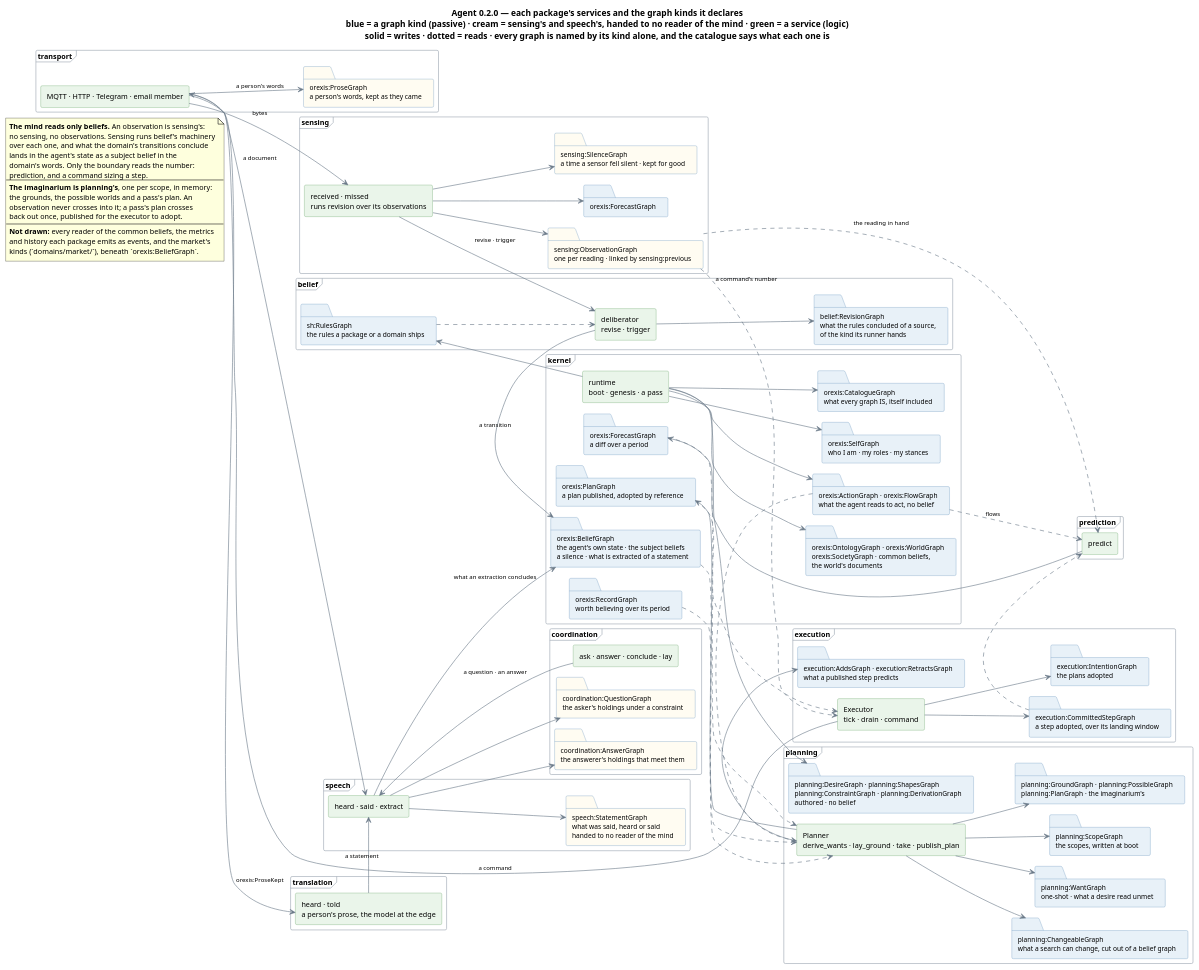
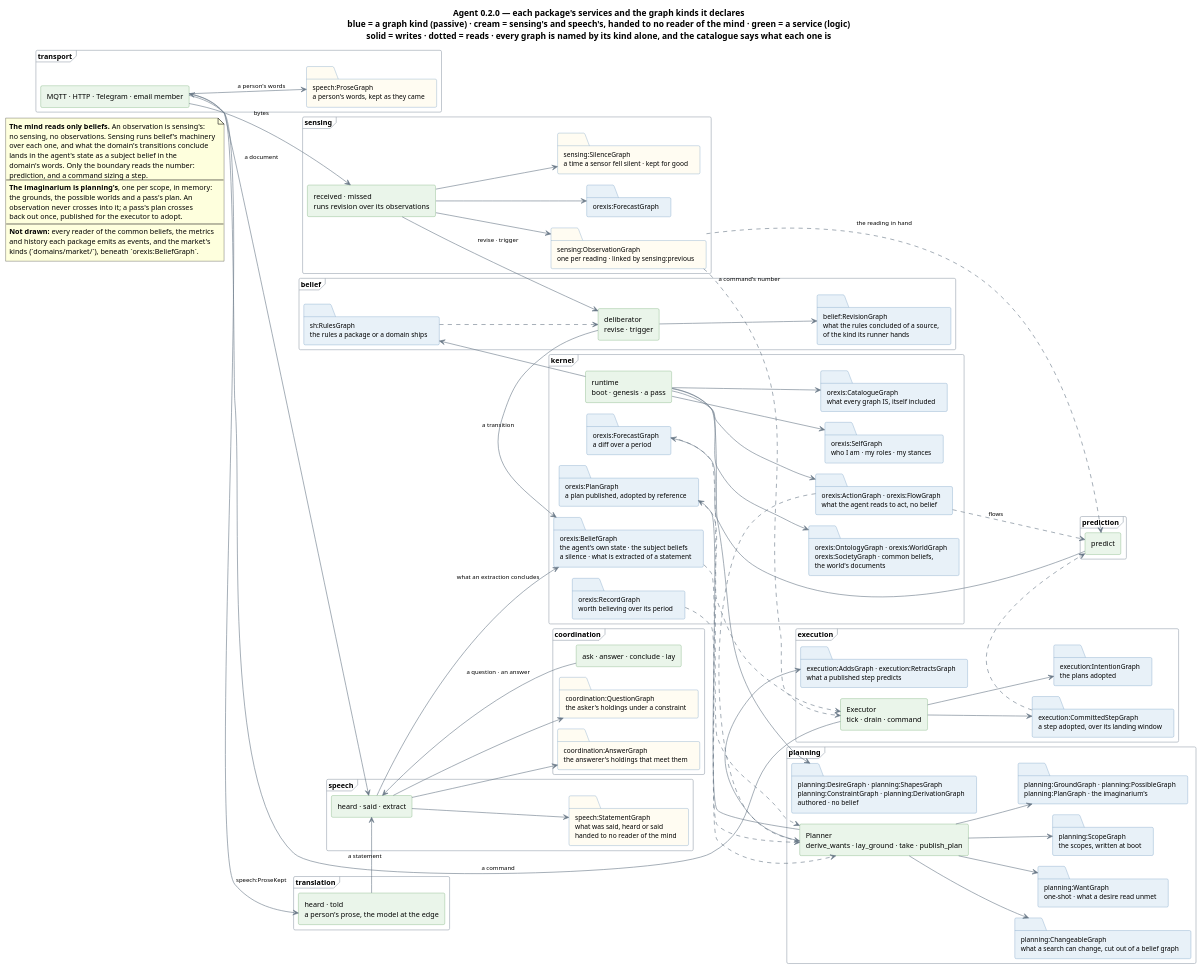
One commit to ShishkinDmitriy/orexis changed the diagram in knowledge/diagrams/agent-structure.puml. Above: the diagram before and after it, drawn with PlantUML. The commit also changed 26 other files, not shown here.

```diff
--- a/knowledge/diagrams/agent-structure.puml
+++ b/knowledge/diagrams/agent-structure.puml
@@ -1,156 +1,156 @@
 @startuml agent-structure
 !pragma layout smetana
 title Agent 0.2.0 — each package's services and the graph kinds it declares\nblue = a graph kind (passive) · cream = sensing's and speech's, handed to no reader of the mind · green = a service (logic)\nsolid = writes · dotted = reads · every graph is named by its kind alone, and the catalogue says what each one is
 
 left to right direction
 skinparam componentStyle rectangle
 skinparam shadowing false
 skinparam defaultFontSize 12
 skinparam titleFontSize 14
 skinparam ArrowFontSize 10
 skinparam ArrowColor #6B7A88
 skinparam folder {
   BackgroundColor #E8F1F8
   BorderColor #5B8DB8
   FontSize 11
 }
 skinparam component {
   BackgroundColor #EAF5EA
   BorderColor #5E9E5E
 }
 skinparam frame {
   BorderColor #9AA5B1
   FontSize 12
 }
 
 frame "transport" {
   component "MQTT · HTTP · Telegram · email member" as TR
-  folder "orexis:ProseGraph\na person's words, kept as they came" as prs #FFFCF2
+  folder "speech:ProseGraph\na person's words, kept as they came" as prs #FFFCF2
 }
 
 frame "sensing" {
   component "received · missed\nruns revision over its observations" as SEN
   folder "sensing:ObservationGraph\none per reading · linked by sensing:previous" as obs #FFFCF2
   folder "orexis:ForecastGraph" as fc
   folder "sensing:SilenceGraph\na time a sensor fell silent · kept for good" as sil #FFFCF2
 }
 
 frame "speech" {
   component "heard · said · extract" as SP
   folder "speech:StatementGraph\nwhat was said, heard or said\nhanded to no reader of the mind" as utt #FFFCF2
 }
 
 frame "translation" {
   component "heard · told\na person's prose, the model at the edge" as TRL
 }
 
 frame "coordination" {
   component "ask · answer · conclude · lay" as CO
   folder "coordination:QuestionGraph\nthe asker's holdings under a constraint" as que #FFFCF2
   folder "coordination:AnswerGraph\nthe answerer's holdings that meet them" as ans #FFFCF2
 }
 
 frame "belief" {
   component "deliberator\nrevise · trigger" as DEL
   folder "belief:RevisionGraph\nwhat the rules concluded of a source,\nof the kind its runner hands" as rev
   folder "sh:RulesGraph\nthe rules a package or a domain ships" as rules
 }
 
 frame "kernel" {
   component "runtime\nboot · genesis · a pass" as RT
   folder "orexis:CatalogueGraph\nwhat every graph IS, itself included" as cat
   folder "orexis:OntologyGraph · orexis:WorldGraph\norexis:SocietyGraph · common beliefs,\nthe world's documents" as pub
   folder "orexis:ActionGraph · orexis:FlowGraph\nwhat the agent reads to act, no belief" as acts
   folder "orexis:SelfGraph\nwho I am · my roles · my stances" as self
   folder "orexis:BeliefGraph\nthe agent's own state · the subject beliefs\na silence · what is extracted of a statement" as st
   folder "orexis:ForecastGraph\na diff over a period" as pr
   folder "orexis:PlanGraph\na plan published, adopted by reference" as plan
   folder "orexis:RecordGraph\nworth believing over its period" as rec
 }
 
 frame "prediction" {
   component "predict" as PRE
 }
 
 frame "planning" {
   component "Planner\nderive_wants · lay_ground · take · publish_plan" as PL
   folder "planning:DesireGraph · planning:ShapesGraph\nplanning:ConstraintGraph · planning:DerivationGraph\nauthored · no belief" as des
   folder "planning:WantGraph\none-shot · what a desire read unmet" as want
   folder "planning:ScopeGraph\nthe scopes, written at boot" as scope
   folder "planning:GroundGraph · planning:PossibleGraph\nplanning:PlanGraph · the imaginarium's" as img
   folder "planning:ChangeableGraph\nwhat a search can change, cut out of a belief graph" as cut
 }
 
 frame "execution" {
   component "Executor\ntick · drain · command" as EX
   folder "execution:IntentionGraph\nthe plans adopted" as int
   folder "execution:CommittedStepGraph\na step adopted, over its landing window" as cs
   folder "execution:AddsGraph · execution:RetractsGraph\nwhat a published step predicts" as diff
 }
 
 ' ───────────────────────── who writes what ─────────────────────────
 
 RT  --> cat
 RT  --> pub
 RT  --> acts
 RT  --> self
 RT  --> des
 RT  --> rules
 TR  --> prs : a person's words
-TR  --> TRL : orexis:ProseKept
+TR  --> TRL : speech:ProseKept
 TRL --> SP : a statement
 TR  --> SEN : bytes
 TR  --> SP : a document
 SEN --> obs
 SEN --> fc
 SEN --> sil
 SEN --> DEL : revise · trigger
 DEL --> rev
 DEL --> st : a transition
 SP  --> utt
 SP  --> st : what an extraction concludes
 CO  --> SP : a question · an answer
 SP  --> que
 SP  --> ans
 PRE --> pr
 PL  --> scope
 PL  --> want
 PL  --> img
 PL  --> cut
 PL  --> plan
 PL  --> diff
 EX  --> int
 EX  --> cs
 EX  --> TR : a command
 
 ' ───────────────────────── who reads what ─────────────────────────
 
 obs ..> PRE : the reading in hand
 obs ..> EX : a command's number
 cs  ..> PRE
 st  ..> PL
 pr  ..> PL
 rec ..> PL
 plan ..> EX
 rules ..> DEL
 acts ..> PL
 acts ..> PRE : flows
 
 note as N1
   **The mind reads only beliefs.** An observation is sensing's:
   no sensing, no observations. Sensing runs belief's machinery
   over each one, and what the domain's transitions conclude
   lands in the agent's state as a subject belief in the
   domain's words. Only the boundary reads the number:
   prediction, and a command sizing a step.
   ----
   **The imaginarium is planning's**, one per scope, in memory:
   the grounds, the possible worlds and a pass's plan. An
   observation never crosses into it; a pass's plan crosses
   back out once, published for the executor to adopt.
   ----
   **Not drawn:** every reader of the common beliefs, the metrics
   and history each package emits as events, and the market's
   kinds (`domains/market/`), beneath `orexis:BeliefGraph`.
 end note
 @enduml
```
